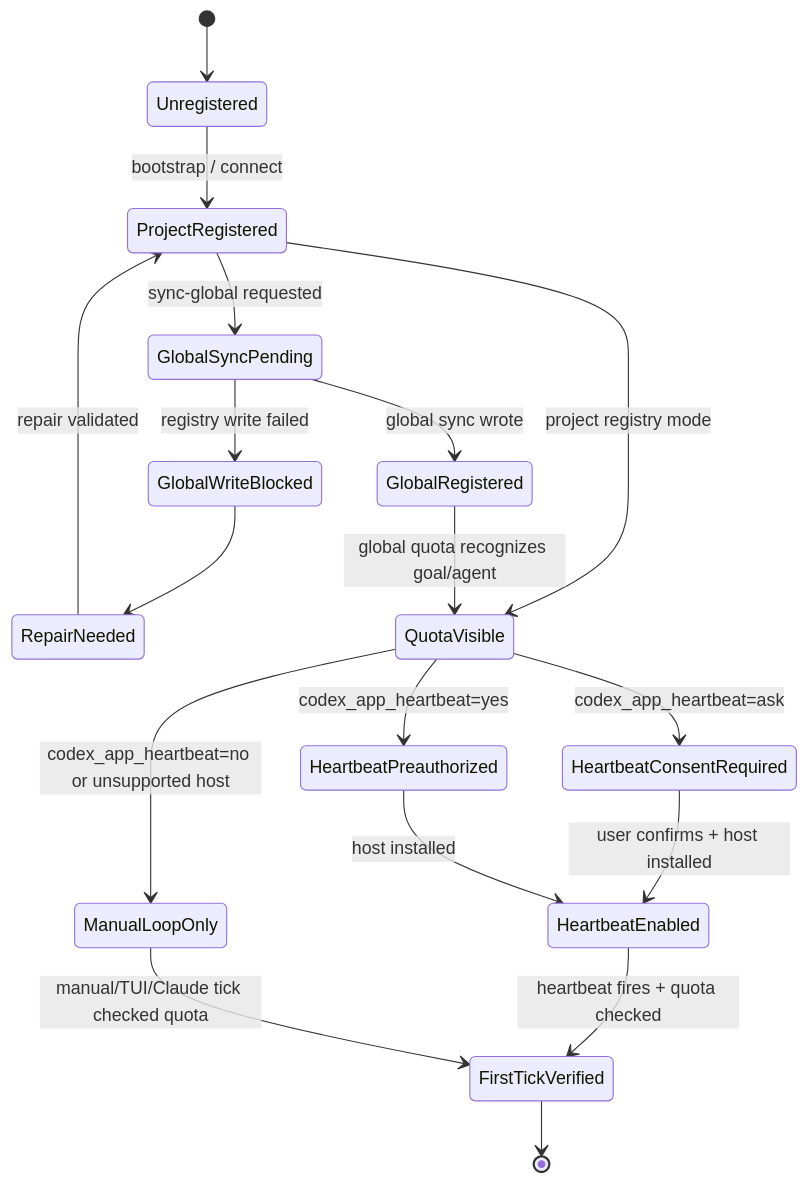
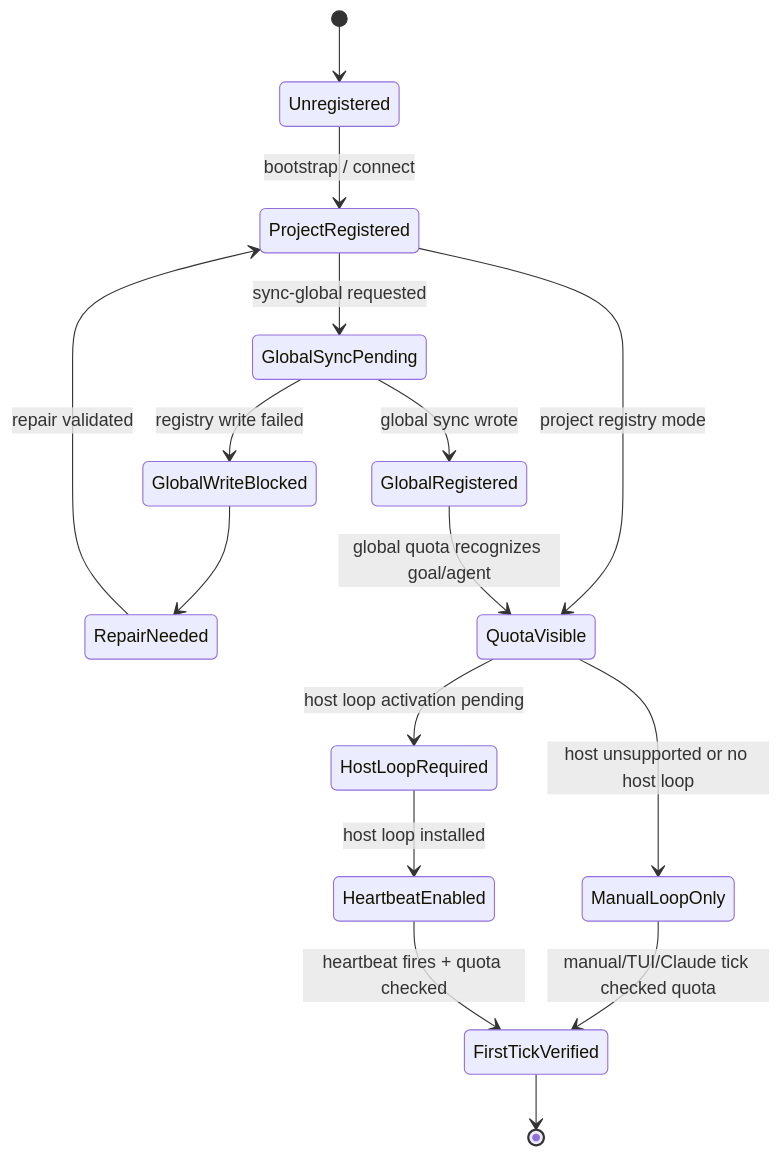
The ninth of 10 diagrams in docs/product/core-control-plane/state-machine.md (yanfeng98/nano-loopx), drawn with Mermaid before and after one commit. The commit also changed other lines of this file and 246 other files, not shown here.

First line of the commit message:
chore: remove Codex App desktop host seam (codex-app heartbeat host)

````diff
--- a/docs/product/core-control-plane/state-machine.md
+++ b/docs/product/core-control-plane/state-machine.md
@@ -346,20 +346,18 @@
 ```mermaid
 stateDiagram-v2
   [*] --> Unregistered
   Unregistered --> ProjectRegistered: bootstrap / connect
   ProjectRegistered --> GlobalSyncPending: sync-global requested
   GlobalSyncPending --> GlobalRegistered: global sync wrote
   GlobalSyncPending --> GlobalWriteBlocked: registry write failed
   GlobalWriteBlocked --> RepairNeeded
   ProjectRegistered --> QuotaVisible: project registry mode
   GlobalRegistered --> QuotaVisible: global quota recognizes goal/agent
-  QuotaVisible --> HeartbeatConsentRequired: codex_app_heartbeat=ask
-  QuotaVisible --> HeartbeatPreauthorized: codex_app_heartbeat=yes
-  QuotaVisible --> ManualLoopOnly: codex_app_heartbeat=no or unsupported host
-  HeartbeatConsentRequired --> HeartbeatEnabled: user confirms + host installed
-  HeartbeatPreauthorized --> HeartbeatEnabled: host installed
+  QuotaVisible --> HostLoopRequired: host loop activation pending
+  QuotaVisible --> ManualLoopOnly: host unsupported or no host loop
+  HostLoopRequired --> HeartbeatEnabled: host loop installed
+  ManualLoopOnly --> FirstTickVerified: manual/TUI/Claude tick checked quota
   HeartbeatEnabled --> FirstTickVerified: heartbeat fires + quota checked
-  ManualLoopOnly --> FirstTickVerified: manual/TUI/Claude tick checked quota
   RepairNeeded --> ProjectRegistered: repair validated
   FirstTickVerified --> [*]
 ```
````
